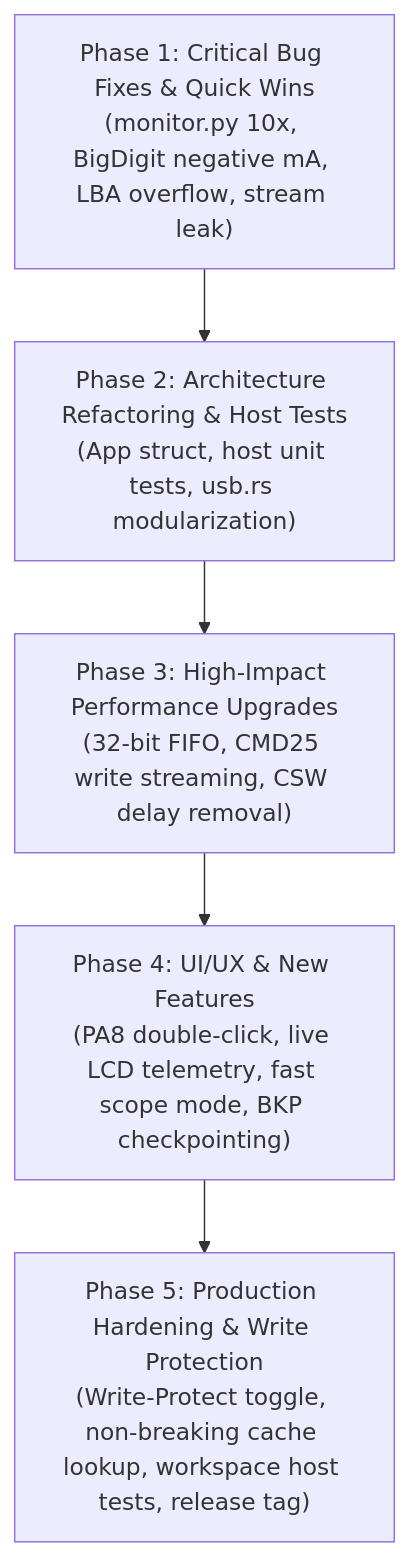
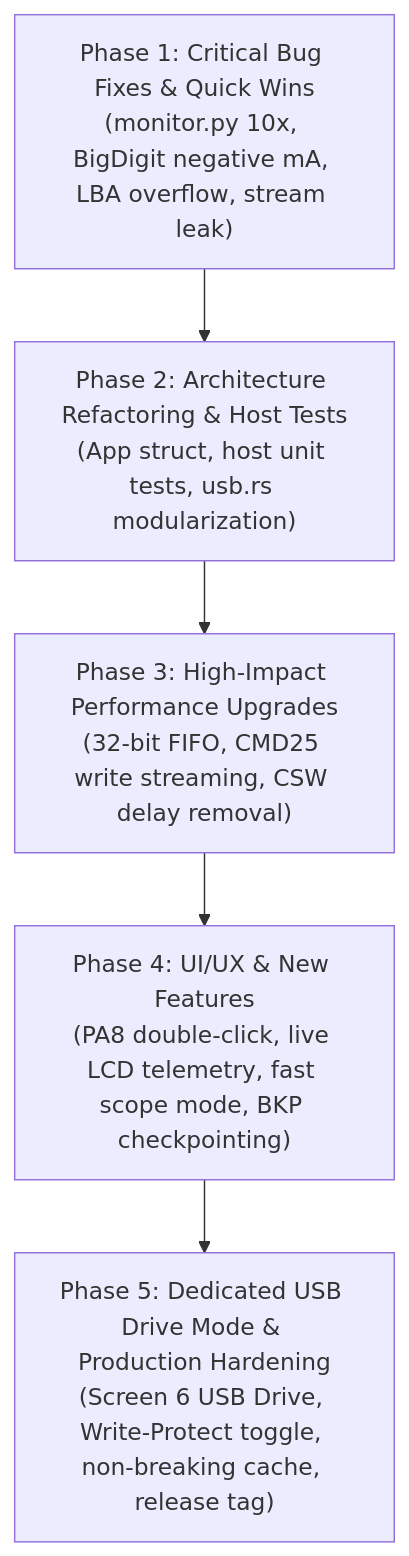
Before and after one commit to arunj123/longan_nano: the diagram in docs/FIRMWARE_REVIEW_AND_ROADMAP.md, drawn with Mermaid. The commit also changed other lines of this file, not shown here.

Commit message:
docs(roadmap): Add Phase 5 Task 5.1 Dedicated USB Drive Mode on Screen 6 for prj_current_monitor

````diff
--- a/docs/FIRMWARE_REVIEW_AND_ROADMAP.md
+++ b/docs/FIRMWARE_REVIEW_AND_ROADMAP.md
@@ -217,7 +217,7 @@
 ```mermaid
 flowchart TD
     P1["Phase 1: Critical Bug Fixes & Quick Wins<br/>(monitor.py 10x, BigDigit negative mA, LBA overflow, stream leak)"] --> P2["Phase 2: Architecture Refactoring & Host Tests<br/>(App struct, host unit tests, usb.rs modularization)"]
     P2 --> P3["Phase 3: High-Impact Performance Upgrades<br/>(32-bit FIFO, CMD25 write streaming, CSW delay removal)"]
     P3 --> P4["Phase 4: UI/UX & New Features<br/>(PA8 double-click, live LCD telemetry, fast scope mode, BKP checkpointing)"]
-    P4 --> P5["Phase 5: Production Hardening & Write Protection<br/>(Write-Protect toggle, non-breaking cache lookup, workspace host tests, release tag)"]
+    P4 --> P5["Phase 5: Dedicated USB Drive Mode & Production Hardening<br/>(Screen 6 USB Drive, Write-Protect toggle, non-breaking cache, release tag)"]
 ```
````
